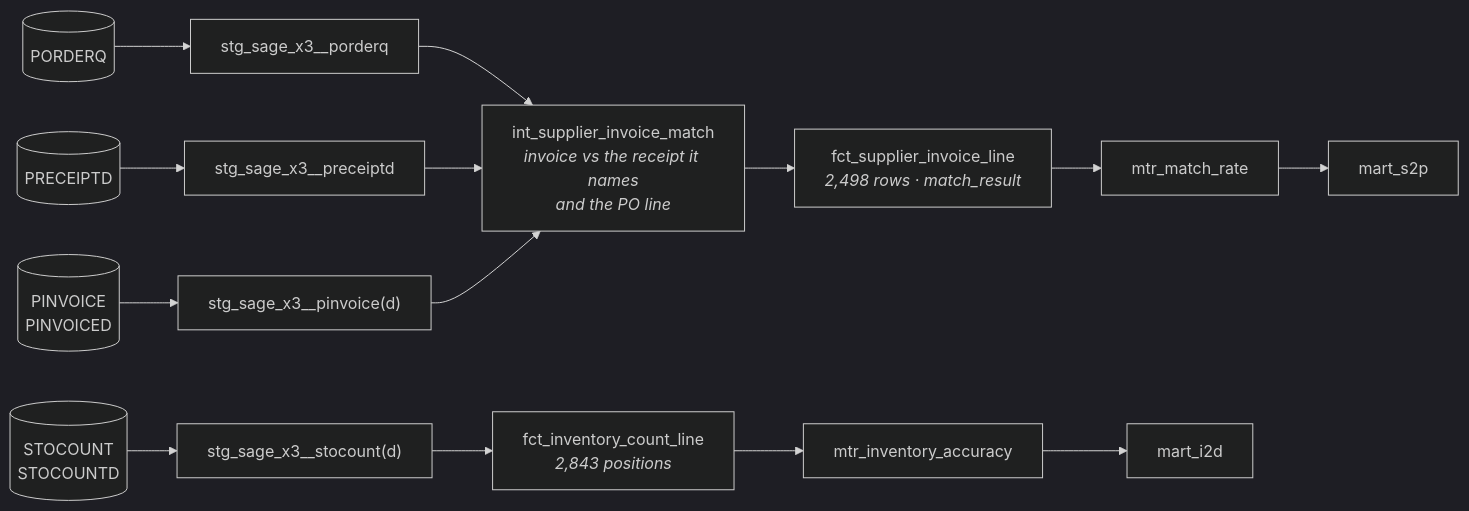
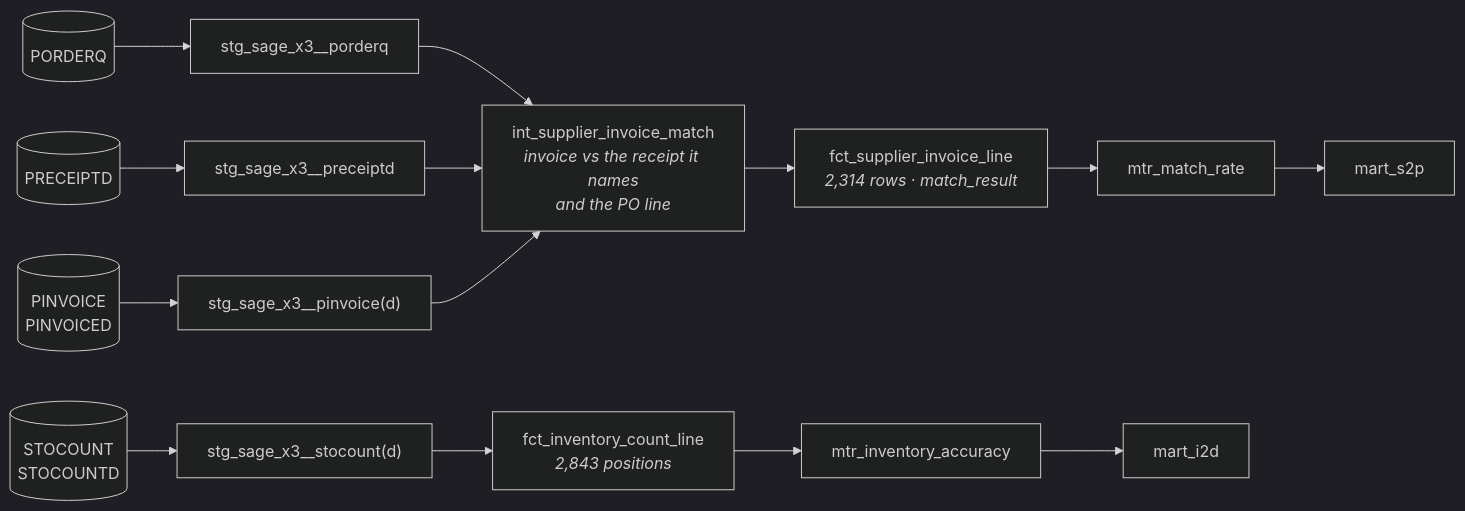
Before and after one commit to patrickmhaney/bgr_control_tower: diagram 12 of 14 in docs/data_model.md, drawn with Mermaid (dark theme). The commit also changed other lines of this file and 34 other files, not shown here.

````diff
--- a/docs/data_model.md
+++ b/docs/data_model.md
@@ -1080,19 +1080,19 @@
 ```mermaid
 flowchart LR
     src_pq[("PORDERQ")] --> stg_pq["stg_sage_x3__porderq"]
     src_rd[("PRECEIPTD")] --> stg_rd["stg_sage_x3__preceiptd"]
     src_pi[("PINVOICE<br/>PINVOICED")] --> stg_pi["stg_sage_x3__pinvoice(d)"]
     src_sc[("STOCOUNT<br/>STOCOUNTD")] --> stg_sc["stg_sage_x3__stocount(d)"]
 
     stg_pq --> match["int_supplier_invoice_match<br/><i>invoice vs the receipt it names</i><br/><i>and the PO line</i>"]
     stg_rd --> match
     stg_pi --> match
 
-    match --> fsil["fct_supplier_invoice_line<br/><i>2,498 rows · match_result</i>"]
+    match --> fsil["fct_supplier_invoice_line<br/><i>2,314 rows · match_result</i>"]
     stg_sc --> fcnt["fct_inventory_count_line<br/><i>2,843 positions</i>"]
 
     fsil --> mtr_mr["mtr_match_rate"]
     fcnt --> mtr_ia["mtr_inventory_accuracy"]
     mtr_mr --> s2p["mart_s2p"]
     mtr_ia --> i2d["mart_i2d"]
 ```
````
